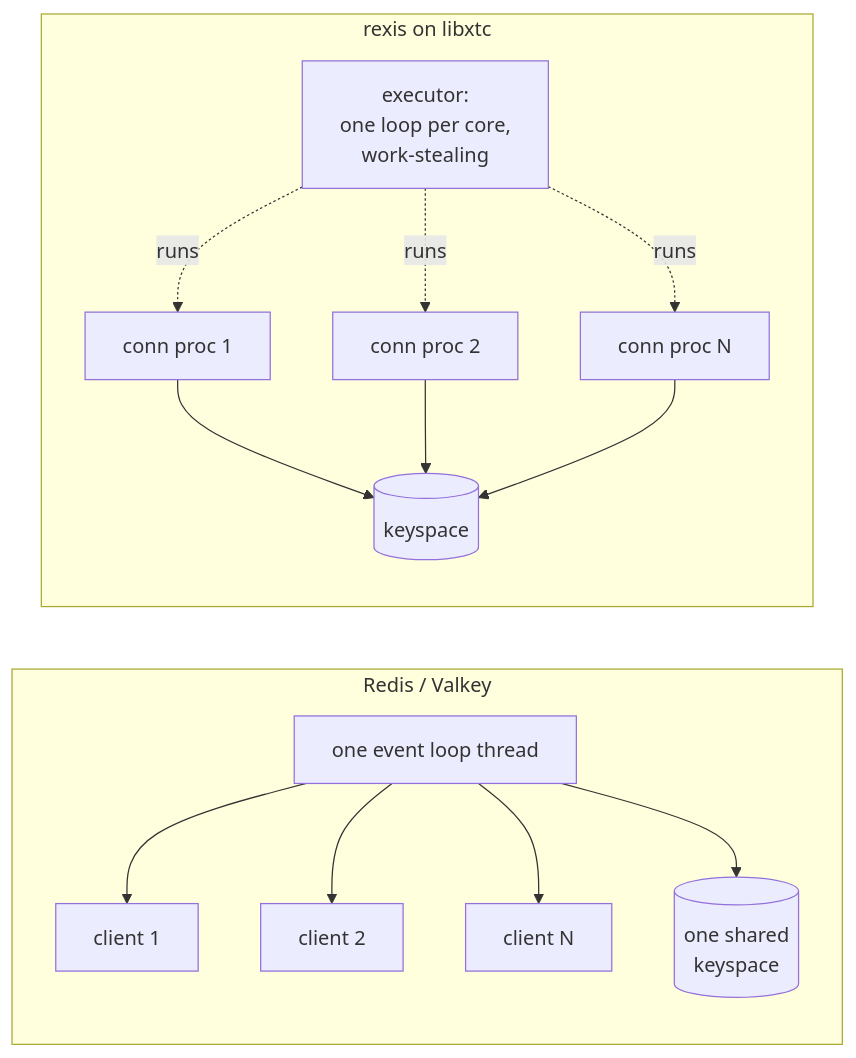
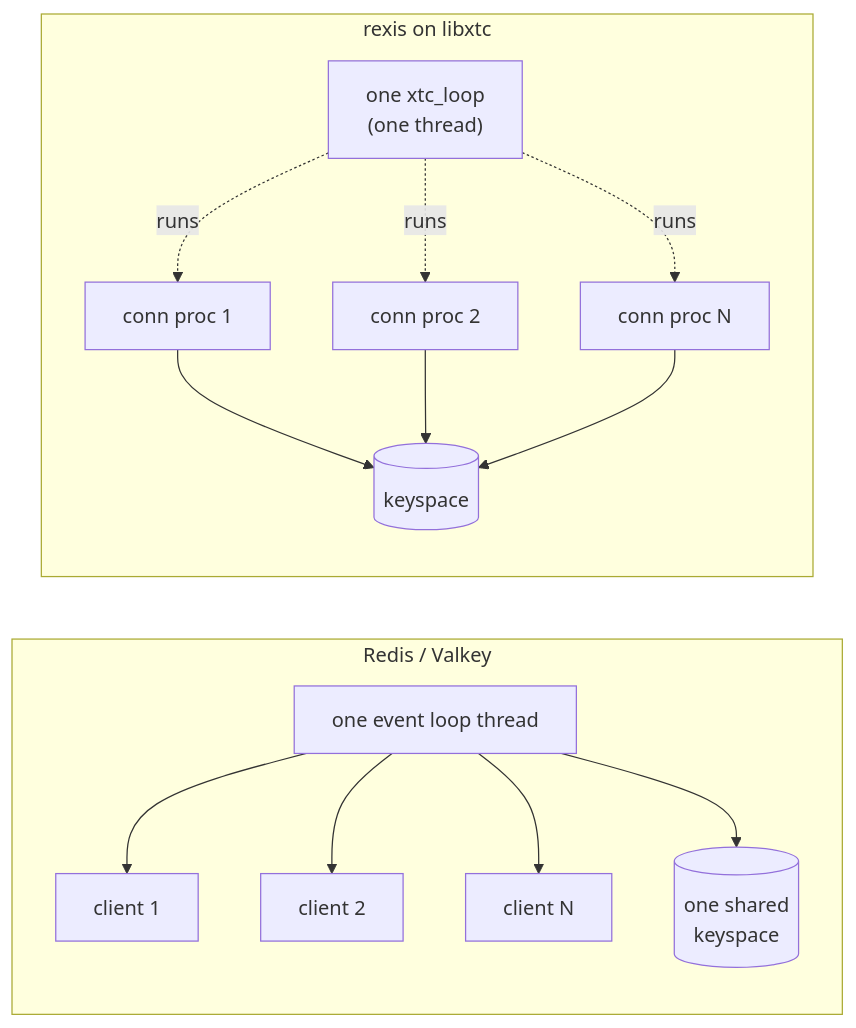
Before and after one commit to gburd/libxtc: the diagram in docs/examples/rexis.md, drawn with Mermaid. The commit also changed other lines of this file and 1 other file, not shown here.

````diff
--- a/docs/examples/rexis.md
+++ b/docs/examples/rexis.md
@@ -39,15 +39,15 @@
 ```mermaid
 flowchart LR
     subgraph Redis["Redis / Valkey"]
         R1["one event loop thread"] --> RA["client 1"]
         R1 --> RB["client 2"]
         R1 --> RC["client N"]
         R1 --> RS[("one shared<br/>keyspace")]
     end
     subgraph rexis["rexis on libxtc"]
         P1["conn proc 1"] --> KS[("keyspace")]
         P2["conn proc 2"] --> KS
         PN["conn proc N"] --> KS
-        EX["executor:<br/>one loop per core,<br/>work-stealing"] -.->|runs| P1 & P2 & PN
+        EX["one xtc_loop<br/>(one thread)"] -.->|runs| P1 & P2 & PN
     end
 ```
````
